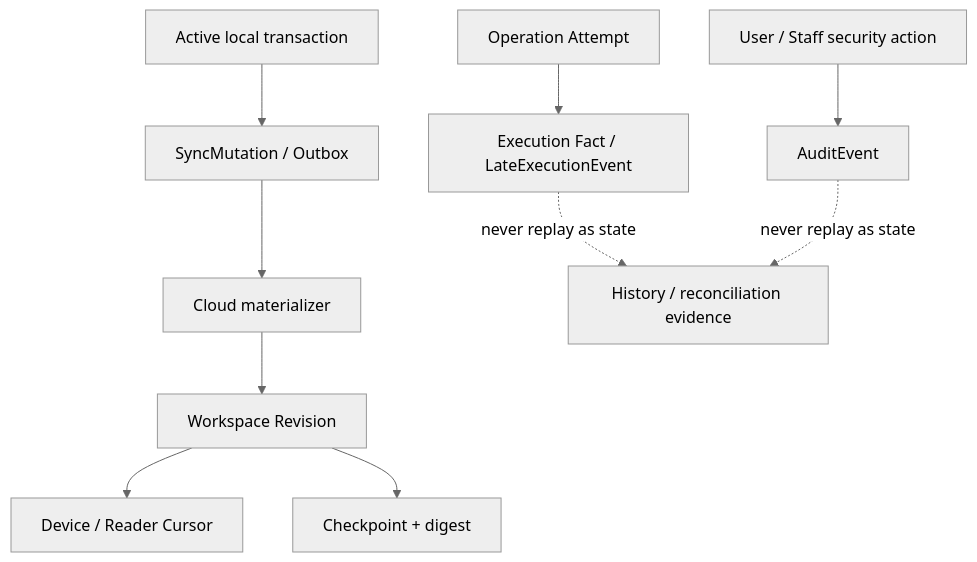
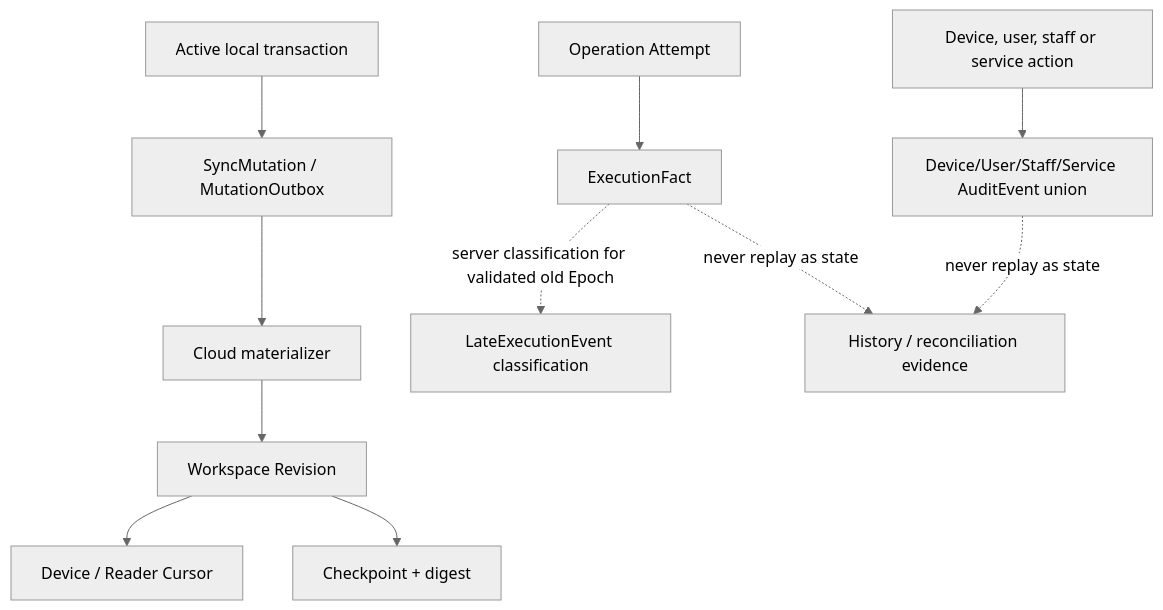
The second of 3 diagrams in docs/DATA_MODEL_MAP.md (newcodebook/GoodDealer), drawn with Mermaid (neutral theme) before and after one commit. The commit also changed other lines of this file and 318 other files, not shown here.

````diff
--- a/docs/DATA_MODEL_MAP.md
+++ b/docs/DATA_MODEL_MAP.md
@@ -37,14 +48,15 @@
 ```mermaid
 flowchart TB
-    LocalTx["Active local transaction"] --> SyncMutation["SyncMutation / Outbox"]
+    LocalTx["Active local transaction"] --> SyncMutation["SyncMutation / MutationOutbox"]
     SyncMutation --> Materializer["Cloud materializer"]
     Materializer --> Revision["Workspace Revision"]
     Revision --> Cursor["Device / Reader Cursor"]
     Revision --> Checkpoint["Checkpoint + digest"]
 
-    Attempt["Operation Attempt"] --> ExecutionFact["Execution Fact / LateExecutionEvent"]
-    AdminOrUser["User / Staff security action"] --> AuditEvent["AuditEvent"]
+    Attempt["Operation Attempt"] --> ExecutionFact["ExecutionFact"]
+    ExecutionFact -. "server classification for validated old Epoch" .-> LateClass["LateExecutionEvent classification"]
+    AdminOrUser["Device, user, staff or service action"] --> AuditEvent["Device/User/Staff/Service AuditEvent union"]
 
     ExecutionFact -. "never replay as state" .-> Evidence["History / reconciliation evidence"]
     AuditEvent -. "never replay as state" .-> Evidence
 ```
````
